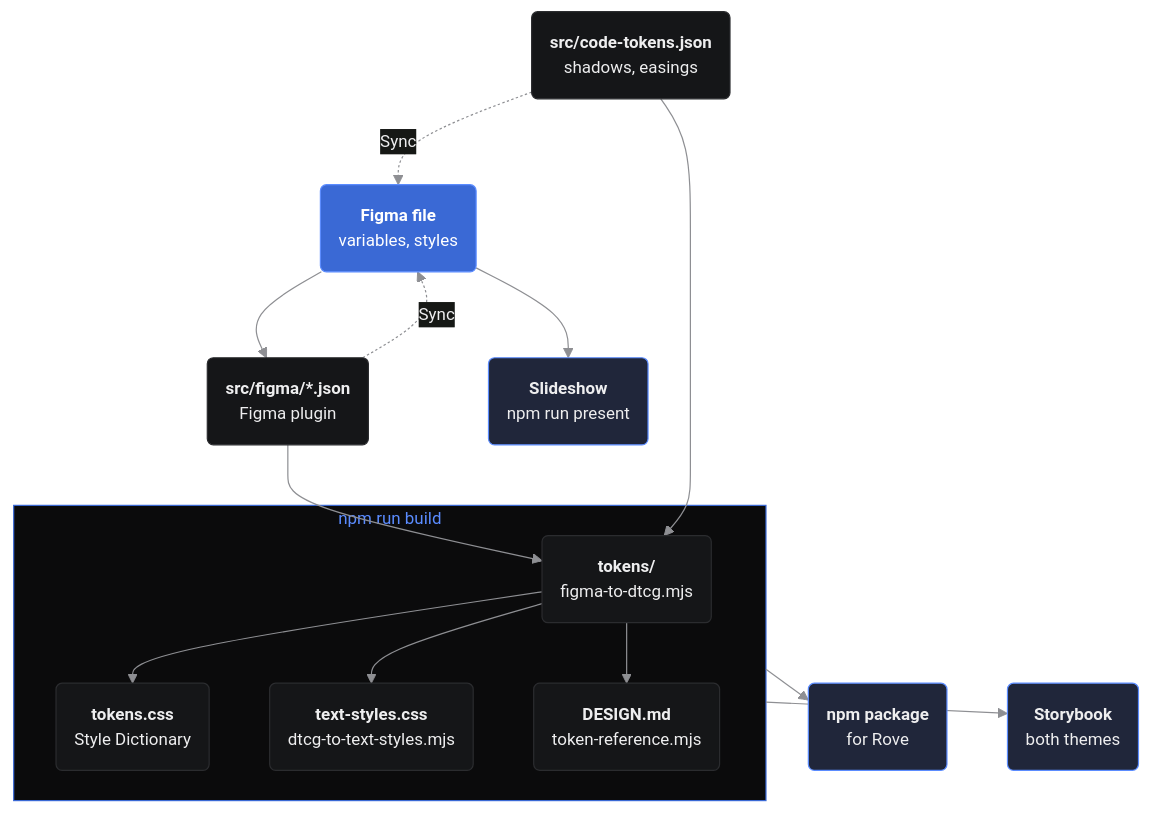
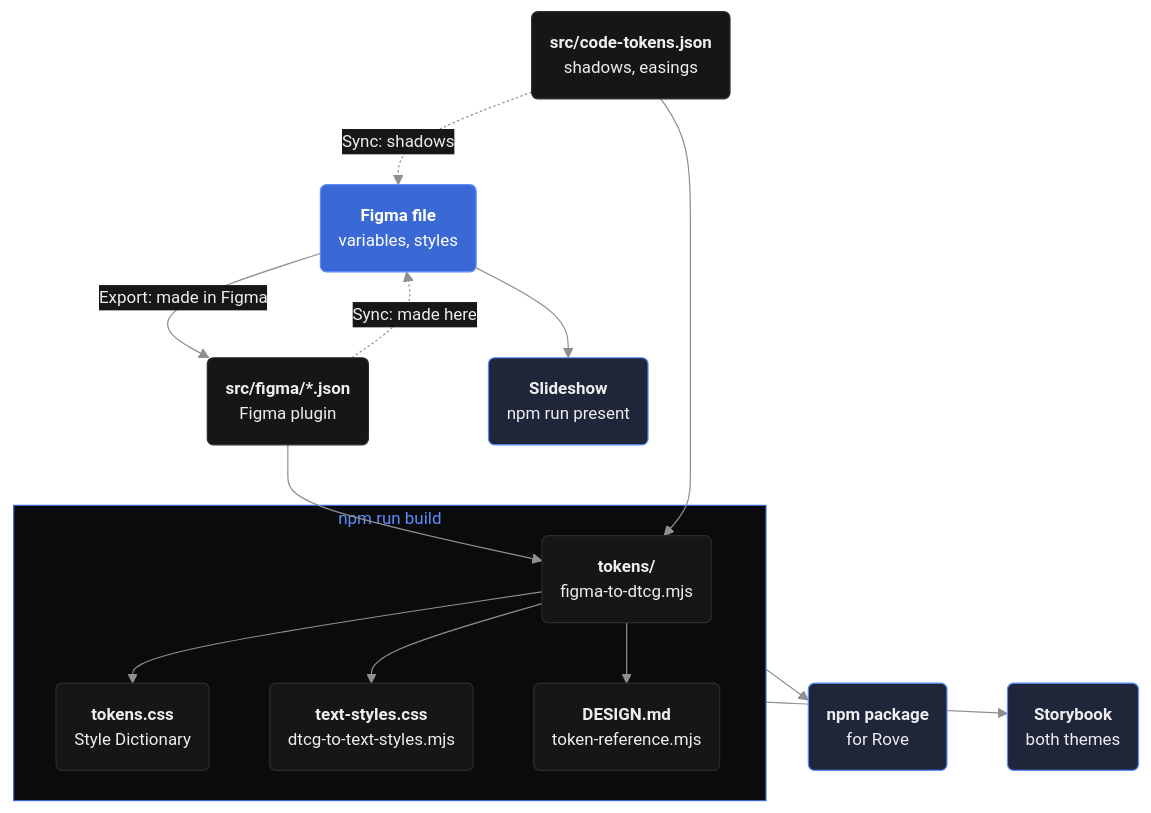
One commit to swiftsolve/rove-tokens changed the diagram in README.md. Above: the diagram before and after it, drawn with Mermaid. The commit also changed other lines of this file, not shown here.

Commit message:
docs(readme): the diagram says when each arrow runs: Export for a change made in Figma, Sync for one made here
Drawn unlabelled, the two arrows between Figma and src/figma/*.json read as
a loop, as if Figma's own export went back into Figma. Each change takes one
path, so the arrows now say which, and the caption says the check confirms
the two sides agree.

````diff
--- a/README.md
+++ b/README.md
@@ -41,29 +41,30 @@
 ```mermaid
 %%{init: {"themeCSS": ".cluster-label { translate: 236px 0; }", "theme": "base", "themeVariables": {"fontFamily": "Inter, -apple-system, Segoe UI, Helvetica, Arial, sans-serif", "fontSize": "14px", "primaryColor": "#151618", "primaryTextColor": "#eeeeef", "primaryBorderColor": "#2b2c2f", "lineColor": "#8e8f93", "clusterBkg": "#0b0b0c", "clusterBorder": "#3a69d5", "titleColor": "#5b8cff", "dropShadow": "none"}}}%%
 flowchart TD
   figma("<b>Figma file</b><br/>variables, styles"):::source
   exports("<b>src/figma/*.json</b><br/>Figma plugin"):::file
   code("<b>src/code‑tokens.json</b><br/>shadows, easings"):::file
   slides("<b>Slideshow</b><br/>npm run present"):::ship
 
   subgraph build ["npm run build"]
     dtcg("<b>tokens/</b><br/>figma‑to‑dtcg.mjs"):::file
     css("<b>tokens.css</b><br/>Style Dictionary"):::file
     textCss("<b>text-styles.css</b><br/>dtcg‑to‑text‑styles.mjs"):::file
     design("<b>DESIGN.md</b><br/>token‑reference.mjs"):::file
   end
 
   pkg("<b>npm package</b><br/>for Rove"):::ship
   storybook("<b>Storybook</b><br/>both themes"):::ship
 
-  figma --> exports & slides
-  exports -.->|Sync| figma
-  code -.->|Sync| figma
+  figma -->|Export: made in Figma| exports
+  figma --> slides
+  exports -.->|Sync: made here| figma
+  code -.->|Sync: shadows| figma
   exports & code --> dtcg
   dtcg --> css & textCss & design
   build --> pkg & storybook
 
   classDef source fill:#3a69d5,stroke:#5b8cff,color:#ffffff
   classDef file fill:#151618,stroke:#2b2c2f,color:#eeeeef
   classDef ship fill:#20263a,stroke:#5b8cff,color:#eeeeef
 ```
````
